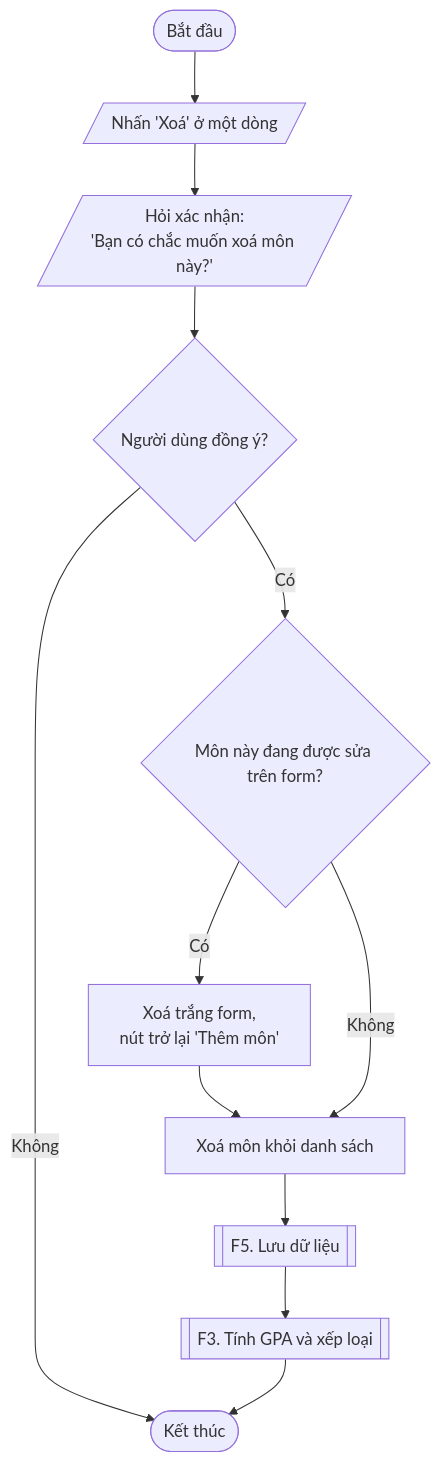
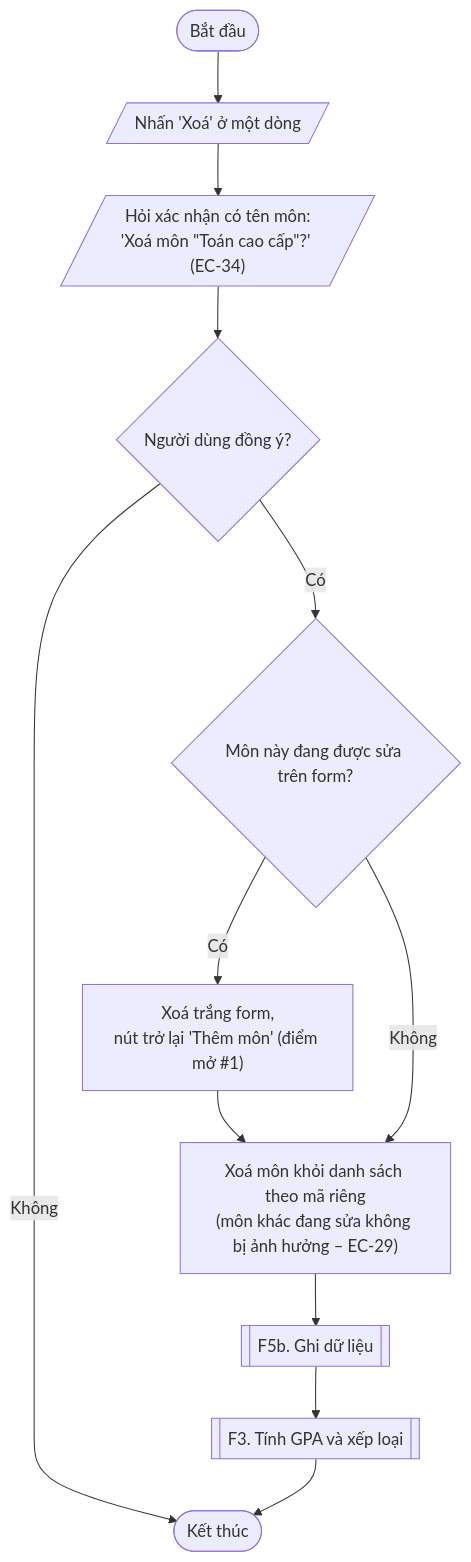
The fifth of 8 diagrams in docs/flowcharts.md (tqk3101/gpa-tracker), drawn with Mermaid before and after one commit. The commit also changed other lines of this file and 1 other file, not shown here.

Commit message:
Update flowcharts and status after design phase

````diff
--- a/docs/flowcharts.md
+++ b/docs/flowcharts.md
@@ -155,20 +161,20 @@
 ```mermaid
 flowchart TD
     S@{ shape: stadium, label: "Bắt đầu" }
     CLICK@{ shape: lean-r, label: "Nhấn 'Xoá' ở một dòng" }
-    ASK@{ shape: lean-r, label: "Hỏi xác nhận:<br/>'Bạn có chắc muốn xoá môn này?'" }
+    ASK@{ shape: lean-r, label: "Hỏi xác nhận có tên môn:<br/>'Xoá môn &quot;Toán cao cấp&quot;?' (EC-34)" }
     OK@{ shape: diamond, label: "Người dùng đồng ý?" }
     EDITING@{ shape: diamond, label: "Môn này đang được sửa trên form?" }
-    RESETF@{ shape: rect, label: "Xoá trắng form,<br/>nút trở lại 'Thêm môn'" }
-    DEL@{ shape: rect, label: "Xoá môn khỏi danh sách" }
-    F5@{ shape: fr-rect, label: "F5. Lưu dữ liệu" }
+    RESETF@{ shape: rect, label: "Xoá trắng form,<br/>nút trở lại 'Thêm môn' (điểm mở #1)" }
+    DEL@{ shape: rect, label: "Xoá môn khỏi danh sách theo mã riêng<br/>(môn khác đang sửa không bị ảnh hưởng – EC-29)" }
+    F5@{ shape: fr-rect, label: "F5b. Ghi dữ liệu" }
     F3@{ shape: fr-rect, label: "F3. Tính GPA và xếp loại" }
     E@{ shape: stadium, label: "Kết thúc" }
 
     S --> CLICK --> ASK --> OK
     OK -->|Không| E
     OK -->|Có| EDITING
     EDITING -->|Có| RESETF --> DEL
     EDITING -->|Không| DEL
     DEL --> F5 --> F3 --> E
 ```
````
